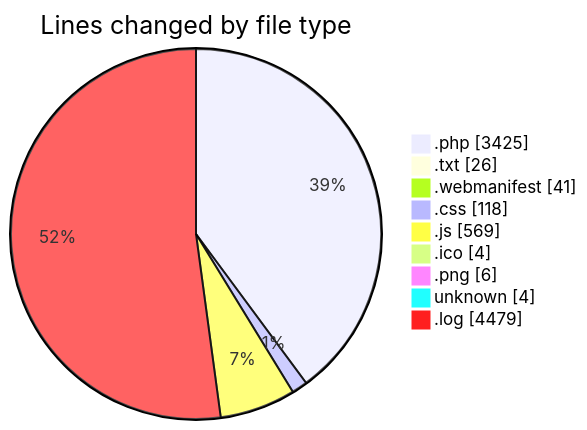
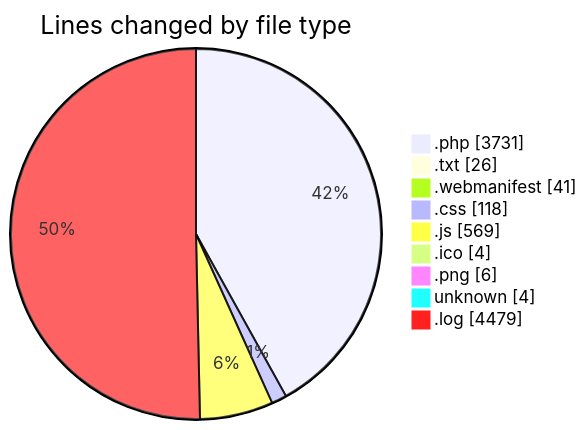
Before and after one commit to lephambinh05/code-tracking: the first of 2 diagrams in 2025-08-20/quytuthien_vn/README.md, drawn with Mermaid. The commit also changed other lines of this file and 1 other file, not shown here.

````diff
--- a/2025-08-20/quytuthien_vn/README.md
+++ b/2025-08-20/quytuthien_vn/README.md
@@ -97,13 +98,13 @@
 ```mermaid
 pie showData
 title Lines changed by file type
-".php" : 3425
+".php" : 3731
 ".txt" : 26
 ".webmanifest" : 41
 ".css" : 118
 ".js" : 569
 ".ico" : 4
 ".png" : 6
 "unknown" : 4
 ".log" : 4479
 ```
````
